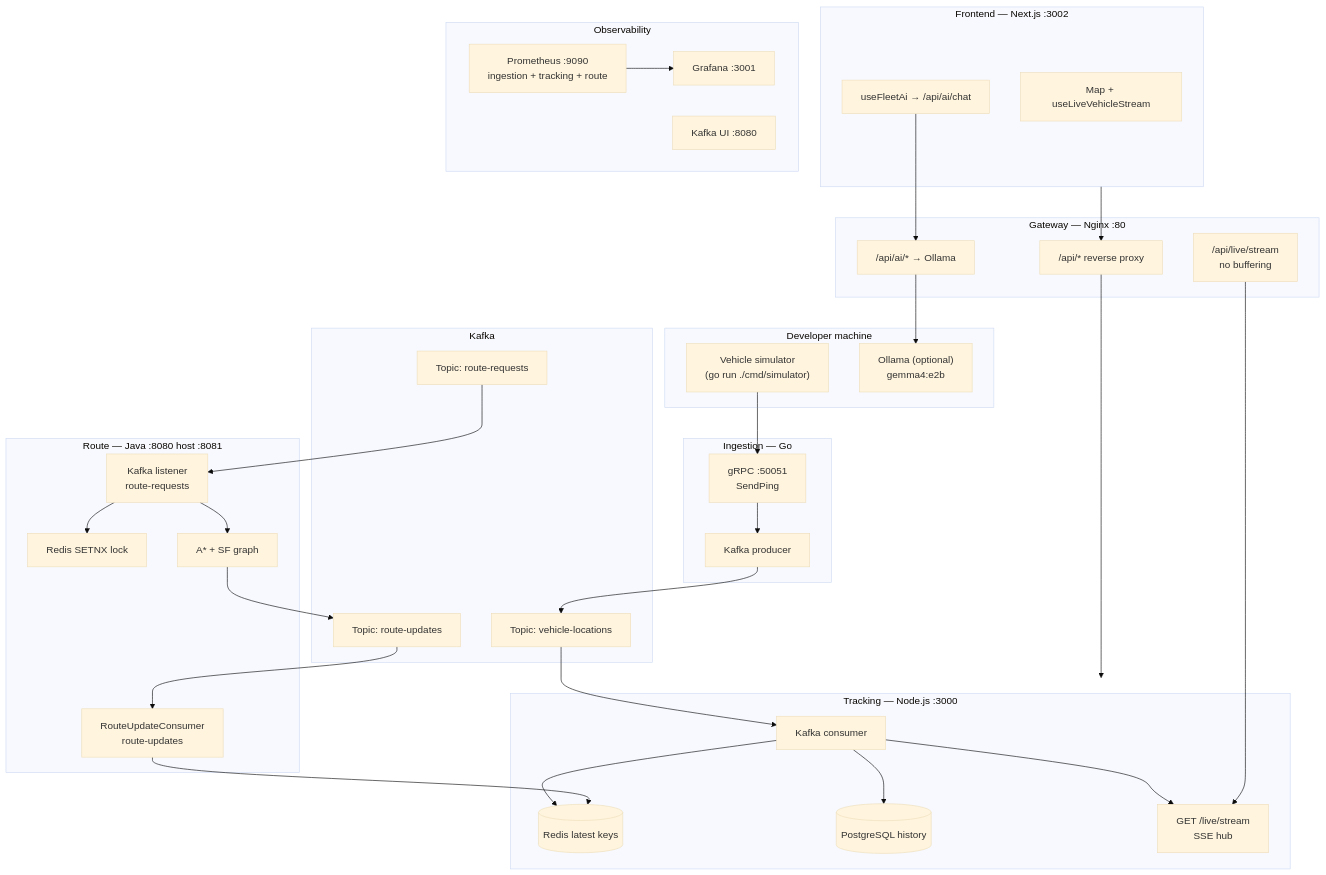
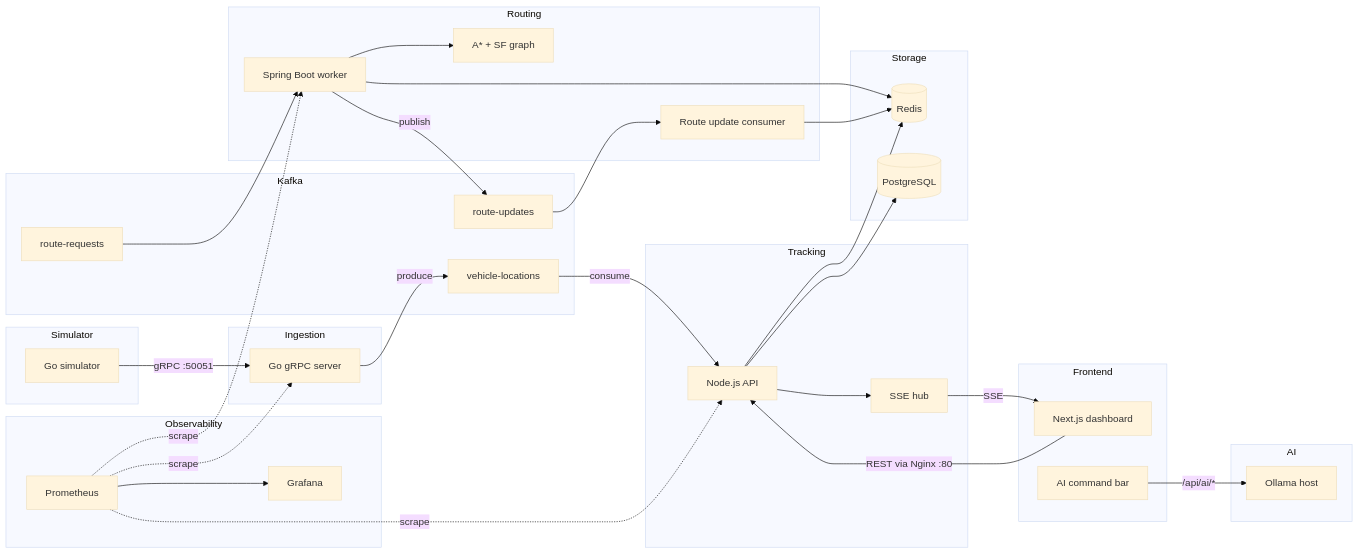
The diagram in README.md (preethamdandu/NexusLogistics), drawn with Mermaid (base theme) before and after one commit. The commit also changed other lines of this file and 2 other files, not shown here.

````diff
--- a/README.md
+++ b/README.md
@@ -39,68 +39,66 @@
 ```mermaid
-flowchart TB
-    subgraph dev["Developer machine"]
-        SIM["Vehicle simulator<br/>(go run ./cmd/simulator)"]
-        OLL["Ollama (optional)<br/>gemma4:e2b"]
-    end
+flowchart LR
+  subgraph Simulator
+    SIM[Go simulator]
+  end
 
-    subgraph ingest["Ingestion — Go"]
-        GRPC["gRPC :50051<br/>SendPing"]
-        KP["Kafka producer"]
-    end
+  subgraph Ingestion
+    ING[Go gRPC server]
+  end
 
-    subgraph bus["Kafka"]
-        TLOC["Topic: vehicle-locations"]
-        TREQ["Topic: route-requests"]
-        TUPD["Topic: route-updates"]
-    end
+  subgraph Bus["Kafka"]
+    K1["vehicle-locations"]
+    K2["route-requests"]
+    K3["route-updates"]
+  end
 
-    subgraph track["Tracking — Node.js :3000"]
-        KC["Kafka consumer"]
-        RDS[("Redis latest keys")]
-        PG[("PostgreSQL history")]
-        SSE["GET /live/stream<br/>SSE hub"]
-    end
+  subgraph Tracking
+    TRK[Node.js API]
+    SSE[SSE hub]
+  end
 
-    subgraph gw["Gateway — Nginx :80"]
-        PROXY["/api/* reverse proxy"]
-        AISUB["/api/ai/* → Ollama"]
-        SSEPASS["/api/live/stream<br/>no buffering"]
-    end
+  subgraph Routing
+    RTE[Spring Boot worker]
+    ASTAR[A* + SF graph]
+    RUC[Route update consumer]
+  end
 
-    subgraph fe["Frontend — Next.js :3002"]
-        MAP["Map + useLiveVehicleStream"]
-        AI["useFleetAi → /api/ai/chat"]
-    end
+  subgraph Storage
+    RED[(Redis)]
+    PG[(PostgreSQL)]
+  end
 
-    subgraph route["Route — Java :8080 host :8081"]
-        KR["Kafka listener<br/>route-requests"]
-        LOCK["Redis SETNX lock"]
-        AST["A* + SF graph"]
-        RUC["RouteUpdateConsumer<br/>route-updates"]
-    end
+  subgraph Frontend
+    UI[Next.js dashboard]
+    AIBAR[AI command bar]
+  end
 
-    subgraph obs["Observability"]
-        PR["Prometheus :9090<br/>ingestion + tracking + route"]
-        GF["Grafana :3001"]
-        KUI["Kafka UI :8080"]
-    end
+  subgraph AI
+    OLL[Ollama host]
+  end
 
-    SIM --> GRPC
-    GRPC --> KP --> TLOC
-    TLOC --> KC
-    KC --> RDS
-    KC --> PG
-    KC --> SSE
-    SSEPASS --> SSE
-    fe --> PROXY
-    PROXY --> track
-    AI --> AISUB
-    AISUB --> OLL
-    TREQ --> KR
-    KR --> LOCK
-    KR --> AST
-    AST --> TUPD
-    TUPD --> RUC
-    RUC --> RDS
-    PR --> GF
+  subgraph Obs["Observability"]
+    PROM[Prometheus]
+    GRAF[Grafana]
+  end
+
+  SIM -->|gRPC :50051| ING
+  ING -->|produce| K1
+  K1 -->|consume| TRK
+  TRK --> RED
+  TRK --> PG
+  TRK --> SSE
+  SSE -->|SSE| UI
+  UI -->|REST via Nginx :80| TRK
+  AIBAR -->|"/api/ai/*"| OLL
+  K2 --> RTE
+  RTE --> ASTAR
+  RTE -->|publish| K3
+  K3 --> RUC
+  RTE --> RED
+  RUC --> RED
+  PROM -.->|scrape| ING
+  PROM -.->|scrape| TRK
+  PROM -.->|scrape| RTE
+  PROM --> GRAF
 ```
````
